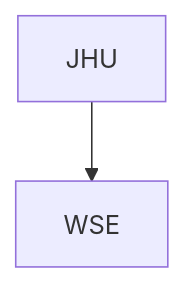
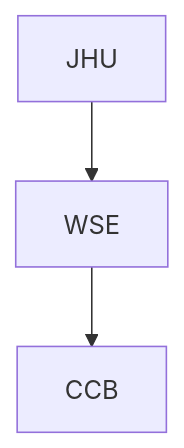
Before and after one commit to dpuiu/www.ccb.jhu.edu: the diagram in Examples/index.md, drawn with Mermaid. The commit also changed other lines of this file and 4 other files, not shown here.

````diff
--- a/Examples/index.md
+++ b/Examples/index.md
@@ -292,4 +268,4 @@
 ```{mermaid}
 graph TD
-    JHU[JHU] --> WSE[WSE] 
+    JHU[JHU] --> WSE[WSE] --> CCB[CCB]
 ```
````
